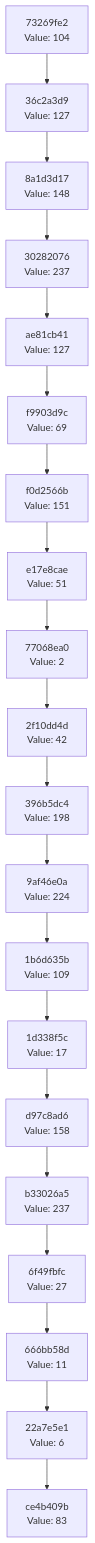
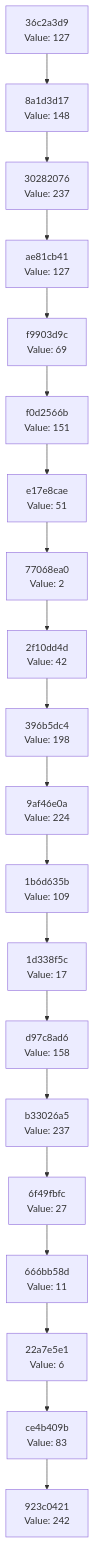
The diagram in docs/CHAIN_VISUALIZATION.md (Abhisheksinha1506/hash-chain-evolver), drawn with Mermaid before and after one commit. The commit also changed 3 other files, not shown here.

````diff
--- a/docs/CHAIN_VISUALIZATION.md
+++ b/docs/CHAIN_VISUALIZATION.md
@@ -3,42 +3,42 @@
 ```mermaid
 graph TD
-    C0["ce4b409b<br/>Value: 83"]
-    C1["22a7e5e1<br/>Value: 6"]
+    C0["923c0421<br/>Value: 242"]
+    C1["ce4b409b<br/>Value: 83"]
     C1 --> C0
-    C2["666bb58d<br/>Value: 11"]
+    C2["22a7e5e1<br/>Value: 6"]
     C2 --> C1
-    C3["6f49fbfc<br/>Value: 27"]
+    C3["666bb58d<br/>Value: 11"]
     C3 --> C2
-    C4["b33026a5<br/>Value: 237"]
+    C4["6f49fbfc<br/>Value: 27"]
     C4 --> C3
-    C5["d97c8ad6<br/>Value: 158"]
+    C5["b33026a5<br/>Value: 237"]
     C5 --> C4
-    C6["1d338f5c<br/>Value: 17"]
+    C6["d97c8ad6<br/>Value: 158"]
     C6 --> C5
-    C7["1b6d635b<br/>Value: 109"]
+    C7["1d338f5c<br/>Value: 17"]
     C7 --> C6
-    C8["9af46e0a<br/>Value: 224"]
+    C8["1b6d635b<br/>Value: 109"]
     C8 --> C7
-    C9["396b5dc4<br/>Value: 198"]
+    C9["9af46e0a<br/>Value: 224"]
     C9 --> C8
-    C10["2f10dd4d<br/>Value: 42"]
+    C10["396b5dc4<br/>Value: 198"]
     C10 --> C9
-    C11["77068ea0<br/>Value: 2"]
+    C11["2f10dd4d<br/>Value: 42"]
     C11 --> C10
-    C12["e17e8cae<br/>Value: 51"]
+    C12["77068ea0<br/>Value: 2"]
     C12 --> C11
-    C13["f0d2566b<br/>Value: 151"]
+    C13["e17e8cae<br/>Value: 51"]
     C13 --> C12
-    C14["f9903d9c<br/>Value: 69"]
+    C14["f0d2566b<br/>Value: 151"]
     C14 --> C13
-    C15["ae81cb41<br/>Value: 127"]
+    C15["f9903d9c<br/>Value: 69"]
     C15 --> C14
-    C16["30282076<br/>Value: 237"]
+    C16["ae81cb41<br/>Value: 127"]
     C16 --> C15
-    C17["8a1d3d17<br/>Value: 148"]
+    C17["30282076<br/>Value: 237"]
     C17 --> C16
-    C18["36c2a3d9<br/>Value: 127"]
+    C18["8a1d3d17<br/>Value: 148"]
     C18 --> C17
-    C19["73269fe2<br/>Value: 104"]
+    C19["36c2a3d9<br/>Value: 127"]
     C19 --> C18
 ```
````
